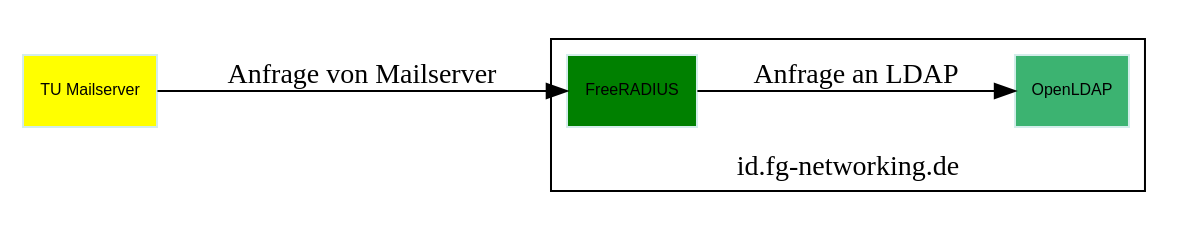
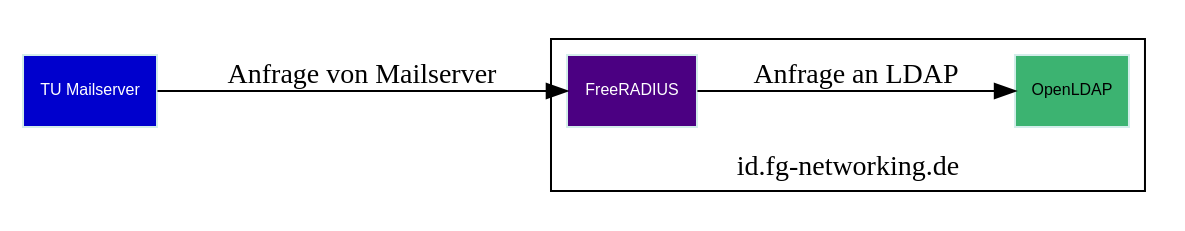
One commit to Gabelvampir/ty-stuff changed the diagram in Presentation LDAP-RADIUS/Bilder/RADIUS-communication1.dot. Above: the diagram before and after it, drawn with Graphviz. The commit also changed 5 other files, not shown here.

Commit message:
changed colors of RADIUS comm graphics

```diff
--- a/Presentation LDAP-RADIUS/Bilder/RADIUS-communication1.dot
+++ b/Presentation LDAP-RADIUS/Bilder/RADIUS-communication1.dot
@@ -1,24 +1,24 @@
 digraph G {
 node [
     shape=box, 
     fontname="arial",
     fontsize=8,
     style=filled,
     color="#d3edea"
   ];
   splines="compound"
 
   compound=true;
   rankdir=LR;
   subgraph cluster_id{
-  radius [label="FreeRADIUS", style="filled", fillcolor="green"];
+  radius [label="FreeRADIUS", style="filled", fillcolor="indigo", fontcolor="white"];
   ldap [label="OpenLDAP", style="filled", fillcolor="mediumseagreen"];
   label="id.fg-networking.de";
   labelloc=b;
 }
-  mail [label="TU Mailserver", style="filled", fillcolor="yellow"];
+  mail [label="TU Mailserver", style="filled", fillcolor="blue3", fontcolor="white"];
   mail -> radius [label="Anfrage von Mailserver"];
   radius -> ldap [label="Anfrage an LDAP"];
   margin=0; //margins around graphic and subgraphs
   nodesep=0.3; //minimal distance between nodes and subgraphs
   }
```
